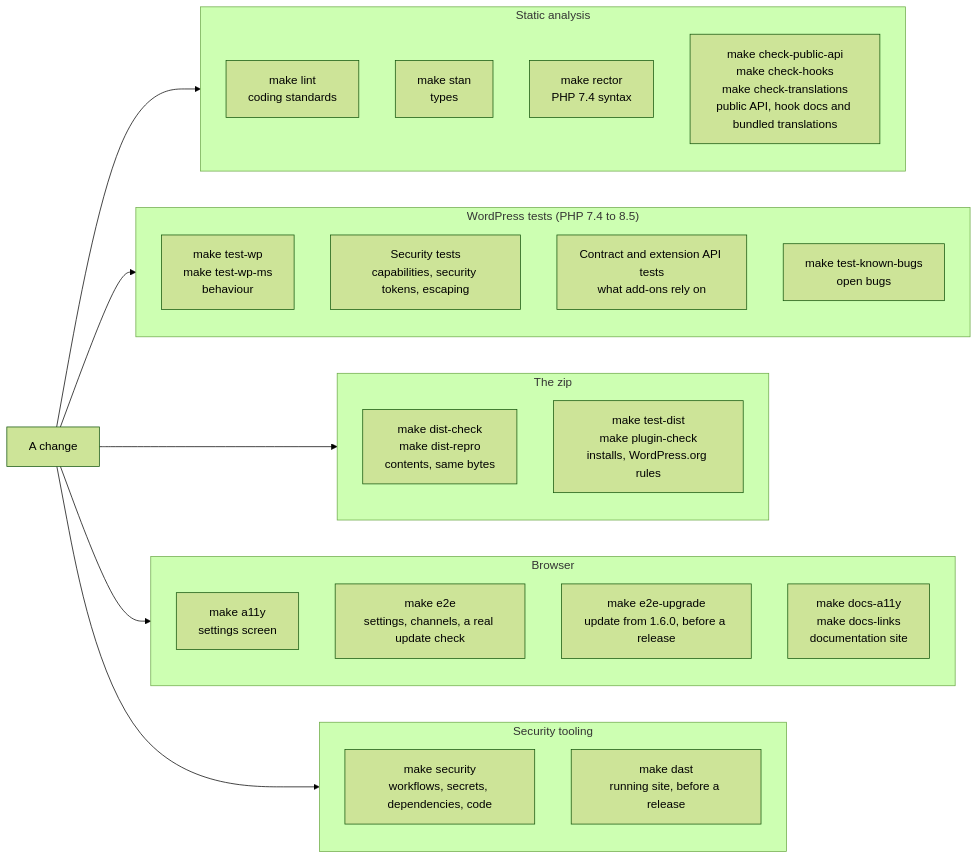
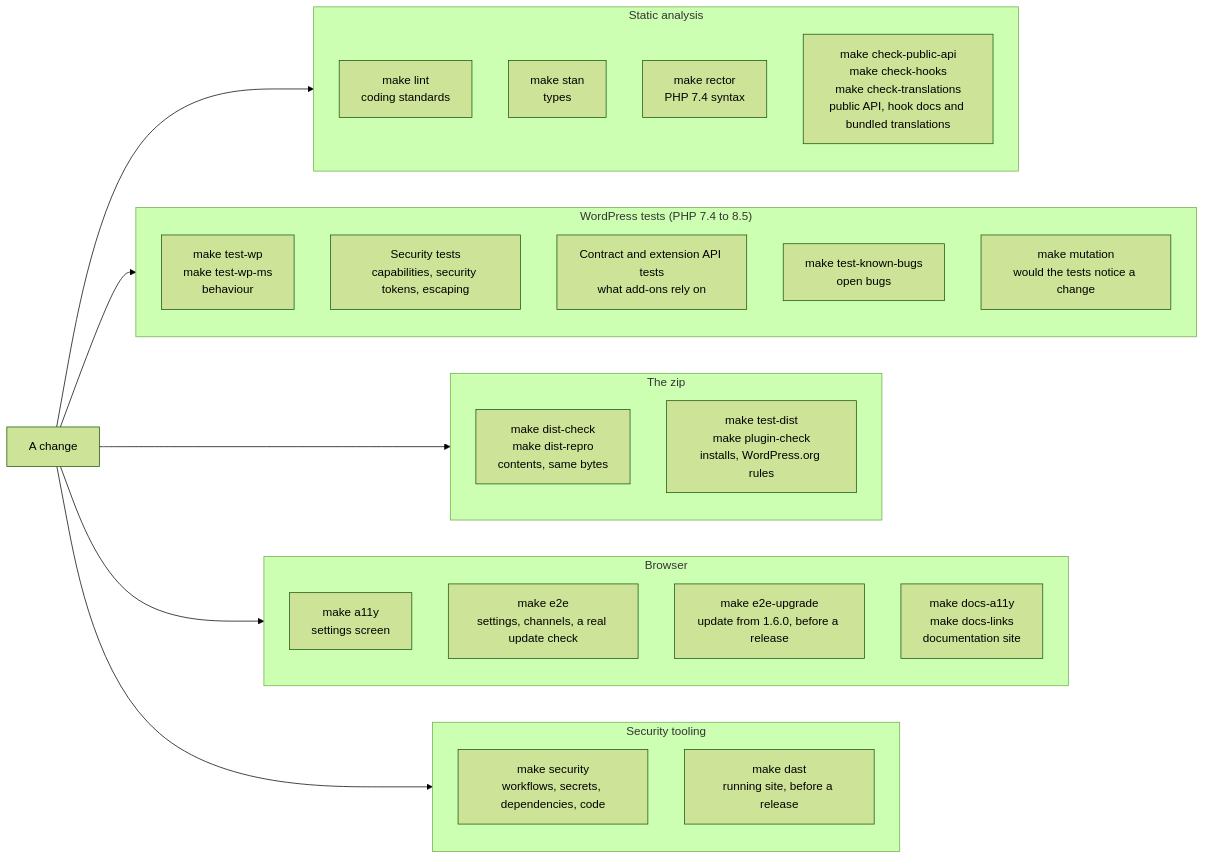
The diagram in docs/developers/testing.md (l3rady/wp-updates-notifier), drawn with Mermaid (forest theme) before and after one commit. The commit also changed other lines of this file and 28 other files, not shown here.

````diff
--- a/docs/developers/testing.md
+++ b/docs/developers/testing.md
@@ -5,35 +5,36 @@
 ```mermaid
 flowchart LR
     change["A change"] --> static
     change --> wp
     change --> pkg
     change --> browser
     change --> sec
 
     subgraph static["Static analysis"]
         lint["make lint<br>coding standards"]
         stan["make stan<br>types"]
         rector["make rector<br>PHP 7.4 syntax"]
         api["make check-public-api<br>make check-hooks<br>make check-translations<br>public API, hook docs and bundled translations"]
     end
     subgraph wp["WordPress tests (PHP 7.4 to 8.5)"]
         suite["make test-wp<br>make test-wp-ms<br>behaviour"]
         secTests["Security tests<br>capabilities, security tokens, escaping"]
         contract["Contract and extension API tests<br>what add-ons rely on"]
         bugs["make test-known-bugs<br>open bugs"]
+        mutation["make mutation<br>would the tests notice a change"]
     end
     subgraph pkg["The zip"]
         dist["make dist-check<br>make dist-repro<br>contents, same bytes"]
         install["make test-dist<br>make plugin-check<br>installs, WordPress.org rules"]
     end
     subgraph browser["Browser"]
         a11y["make a11y<br>settings screen"]
         flows["make e2e<br>settings, channels, a real update check"]
         upgrade["make e2e-upgrade<br>update from 1.6.0, before a release"]
         docsa11y["make docs-a11y<br>make docs-links<br>documentation site"]
     end
     subgraph sec["Security tooling"]
         scan["make security<br>workflows, secrets, dependencies, code"]
         dast["make dast<br>running site, before a release"]
     end
 ```
````
